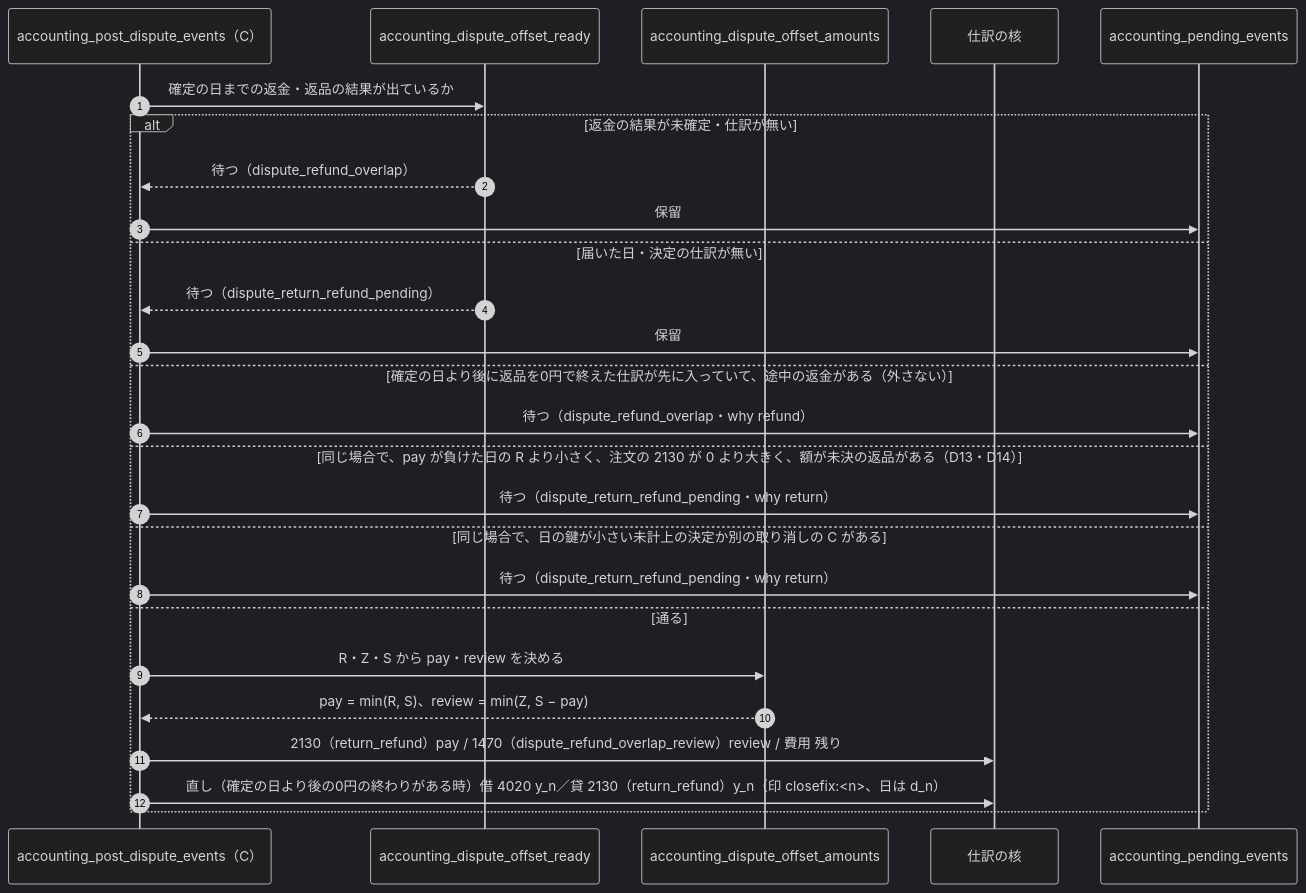
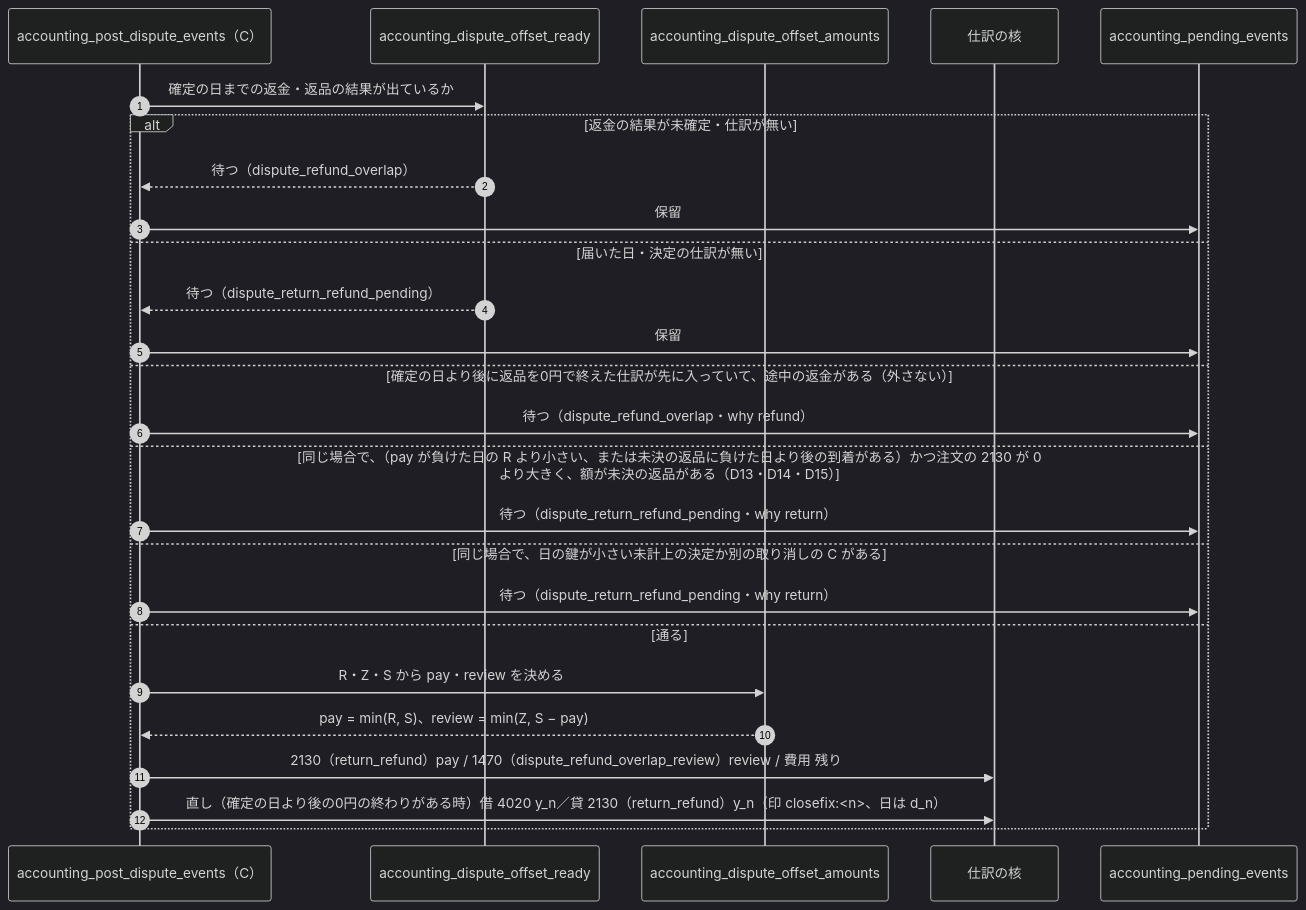
Before and after one commit to ChocoWork/o_official: the seventh of 7 diagrams in docs/04_DetailDesign/sequence/accounting-posting.md, drawn with Mermaid (dark theme). The commit also changed other lines of this file and 6 other files, not shown here.

````diff
--- a/docs/04_DetailDesign/sequence/accounting-posting.md
+++ b/docs/04_DetailDesign/sequence/accounting-posting.md
@@ -261,28 +261,28 @@
 ```mermaid
 sequenceDiagram
   autonumber
   participant D as accounting_post_dispute_events（C）
   participant K as accounting_dispute_offset_ready
   participant A as accounting_dispute_offset_amounts
   participant C as 仕訳の核
   participant Q as accounting_pending_events
   D->>K: 確定の日までの返金・返品の結果が出ているか
   alt 返金の結果が未確定・仕訳が無い
     K-->>D: 待つ（dispute_refund_overlap）
     D->>Q: 保留
   else 届いた日・決定の仕訳が無い
     K-->>D: 待つ（dispute_return_refund_pending）
     D->>Q: 保留
   else 確定の日より後に返品を0円で終えた仕訳が先に入っていて、途中の返金がある（外さない）
     D->>Q: 待つ（dispute_refund_overlap・why refund）
-  else 同じ場合で、pay が負けた日の R より小さく、注文の 2130 が 0 より大きく、額が未決の返品がある（D13・D14）
+  else 同じ場合で、（pay が負けた日の R より小さい、または未決の返品に負けた日より後の到着がある）かつ注文の 2130 が 0 より大きく、額が未決の返品がある（D13・D14・D15）
     D->>Q: 待つ（dispute_return_refund_pending・why return）
   else 同じ場合で、日の鍵が小さい未計上の決定か別の取り消しの C がある
     D->>Q: 待つ（dispute_return_refund_pending・why return）
   else 通る
     D->>A: R・Z・S から pay・review を決める
     A-->>D: pay = min(R, S)、review = min(Z, S − pay)
     D->>C: 2130（return_refund）pay / 1470（dispute_refund_overlap_review）review / 費用 残り
     D->>C: 直し（確定の日より後の0円の終わりがある時）借 4020 y_n／貸 2130（return_refund）y_n（印 closefix:<n>、日は d_n）
   end
 ```
````
